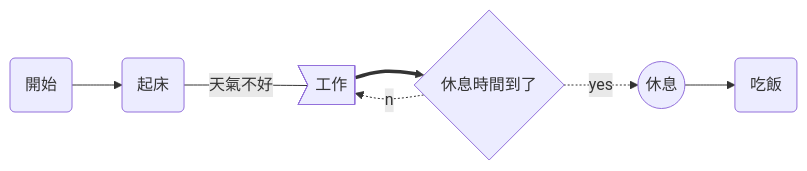
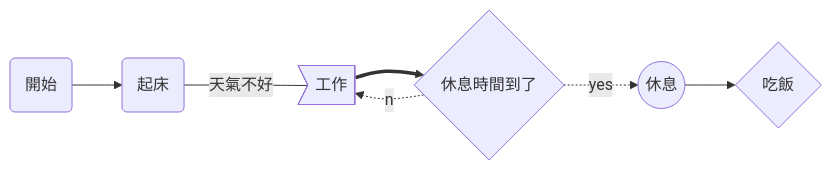
One commit to Jimmy1016/Group_14 changed the second of 2 diagrams in README.md. Above: the diagram before and after it, drawn with Mermaid. The commit also changed other lines of this file, not shown here.

````diff
--- a/README.md
+++ b/README.md
@@ -45,9 +42,9 @@
 ```mermaid
 graph LR
     A(開始) -->B(起床)
     B --天氣不好--- C>工作]
     C ==> D{休息時間到了}
     D -.yes.-> E((休息))
     D -.no.-> C
-    E --> F(吃飯)
+    E --> F{吃飯}
 ```
````
